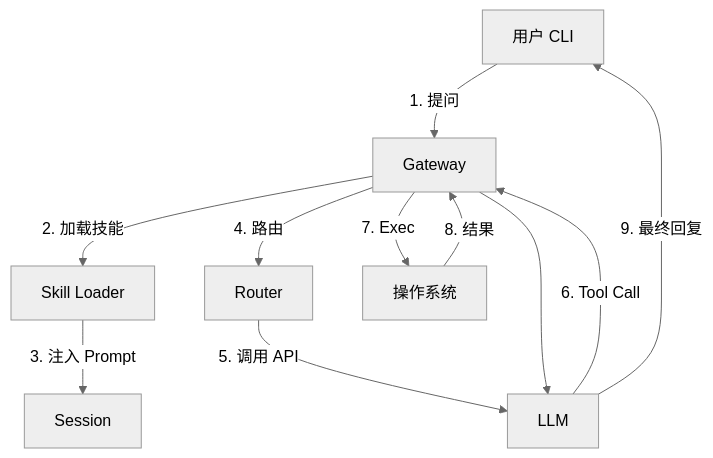
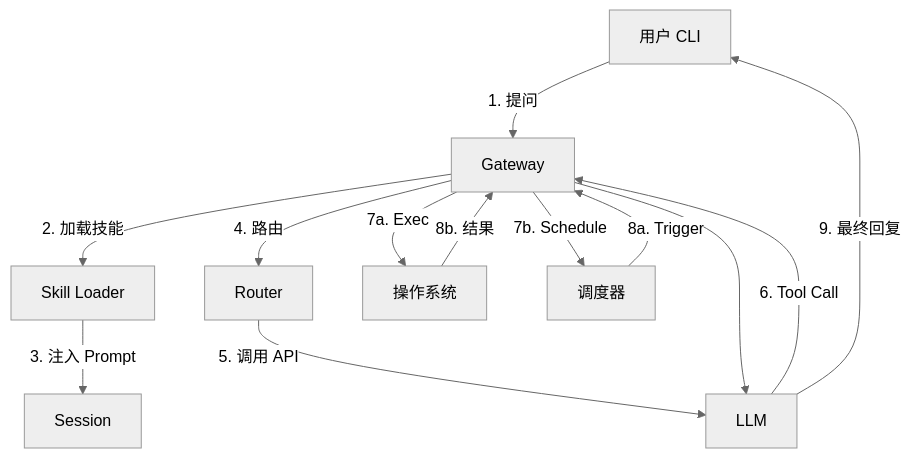
One commit to bbhhe/openclaw-learning changed the diagram in README.md. Above: the diagram before and after it, drawn with Mermaid (neutral theme). The commit also changed other lines of this file, not shown here.

````diff
--- a/README.md
+++ b/README.md
@@ -16,12 +17,14 @@
 ```mermaid
 graph TD
     User[用户 CLI] -- 1. 提问 --> Gateway
     Gateway -- 2. 加载技能 --> SkillLoader[Skill Loader]
     SkillLoader -- 3. 注入 Prompt --> Session
     Gateway -- 4. 路由 --> Router
     Router -- 5. 调用 API --> LLM
     LLM -- 6. Tool Call --> Gateway
-    Gateway -- 7. Exec --> System[操作系统]
-    System -- 8. 结果 --> Gateway --> LLM
+    Gateway -- 7a. Exec --> System[操作系统]
+    Gateway -- 7b. Schedule --> Scheduler[调度器]
+    Scheduler -- 8a. Trigger --> Gateway
+    System -- 8b. 结果 --> Gateway --> LLM
     LLM -- 9. 最终回复 --> User
 ```
````
